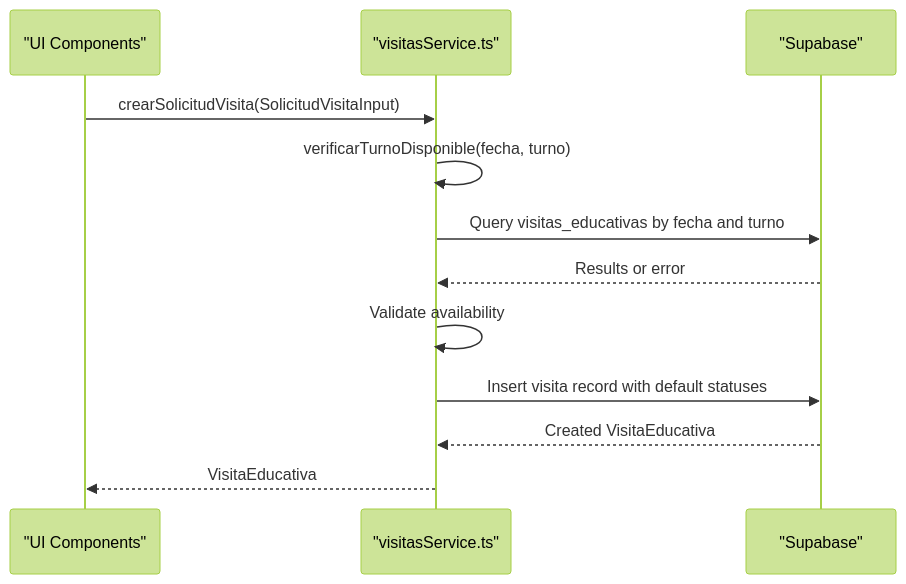
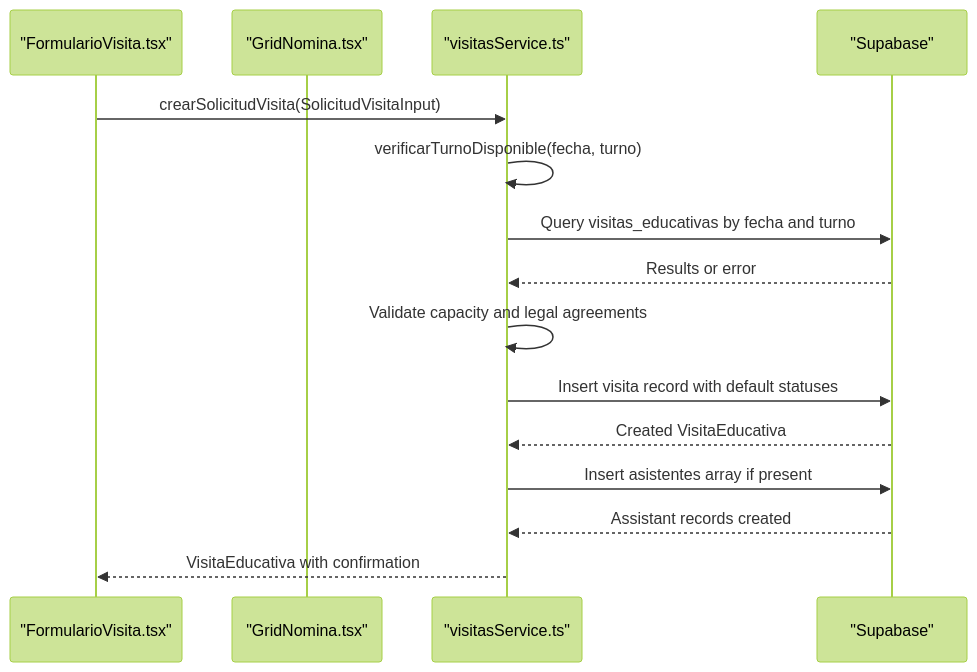
Before and after one commit to AgusCatra/simu-twin-web: the second of 4 diagrams in .qoder/repowiki/en/content/Data Models & Type System.md, drawn with Mermaid (forest theme). The commit also changed other lines of this file and 4 other files, not shown here.

````diff
--- a/.qoder/repowiki/en/content/Data Models & Type System.md
+++ b/.qoder/repowiki/en/content/Data Models & Type System.md
@@ -73,14 +98,17 @@
 ```mermaid
 sequenceDiagram
-participant UI as "UI Components"
+participant UI as "FormularioVisita.tsx"
+participant Grid as "GridNomina.tsx"
 participant Service as "visitasService.ts"
 participant DB as "Supabase"
 UI->>Service : crearSolicitudVisita(SolicitudVisitaInput)
 Service->>Service : verificarTurnoDisponible(fecha, turno)
 Service->>DB : Query visitas_educativas by fecha and turno
 DB-->>Service : Results or error
-Service->>Service : Validate availability
+Service->>Service : Validate capacity and legal agreements
 Service->>DB : Insert visita record with default statuses
 DB-->>Service : Created VisitaEducativa
-Service-->>UI : VisitaEducativa
+Service->>DB : Insert asistentes array if present
+DB-->>Service : Assistant records created
+Service-->>UI : VisitaEducativa with confirmation
 ```
````
